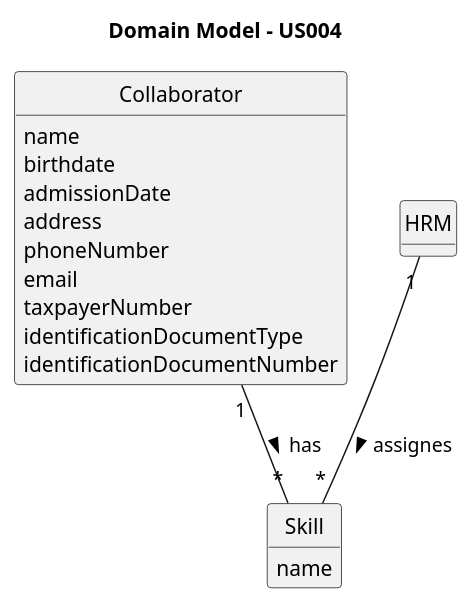
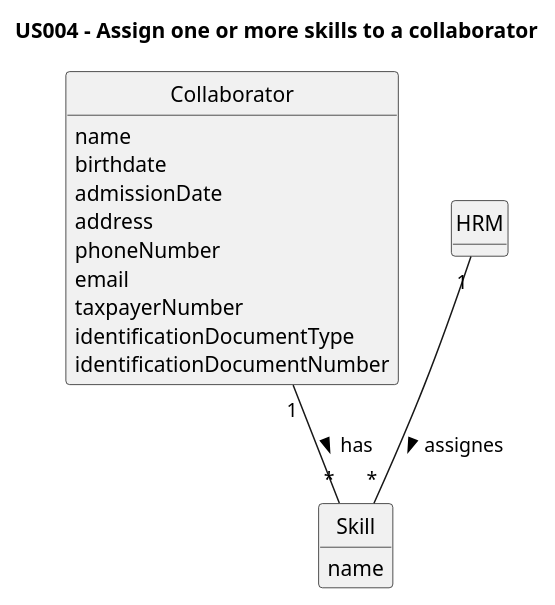
Before and after one commit to Departamento-de-Engenharia-Informatica/lei-24-s2-1dm-g132: the diagram in docs/sprintB/us004/02.analysis/puml/us004-domain-model.puml, drawn with PlantUML.

Commit message:
US004 domain model update: fixed title

```diff
--- a/docs/sprintB/us004/02.analysis/puml/us004-domain-model.puml
+++ b/docs/sprintB/us004/02.analysis/puml/us004-domain-model.puml
@@ -1,37 +1,37 @@
 @startuml
 skinparam monochrome true
 skinparam packageStyle rectangle
 skinparam shadowing false
 
 'left to right direction
 
 skinparam classAttributeIconSize 0
 
 hide circle
 hide methods
 
-title Domain Model - US004
+title US004 - Assign one or more skills to a collaborator
 
 class Collaborator {
     name
     birthdate
     admissionDate
     address
     phoneNumber
     email
     taxpayerNumber
     identificationDocumentType
     identificationDocumentNumber
 }
 
 class Skill {
     name
 }
 
 class HRM {
 }
 
 
 Collaborator "1" -- "*" Skill : has >
 HRM "1" -- "*" Skill : assignes >
 @enduml
```
